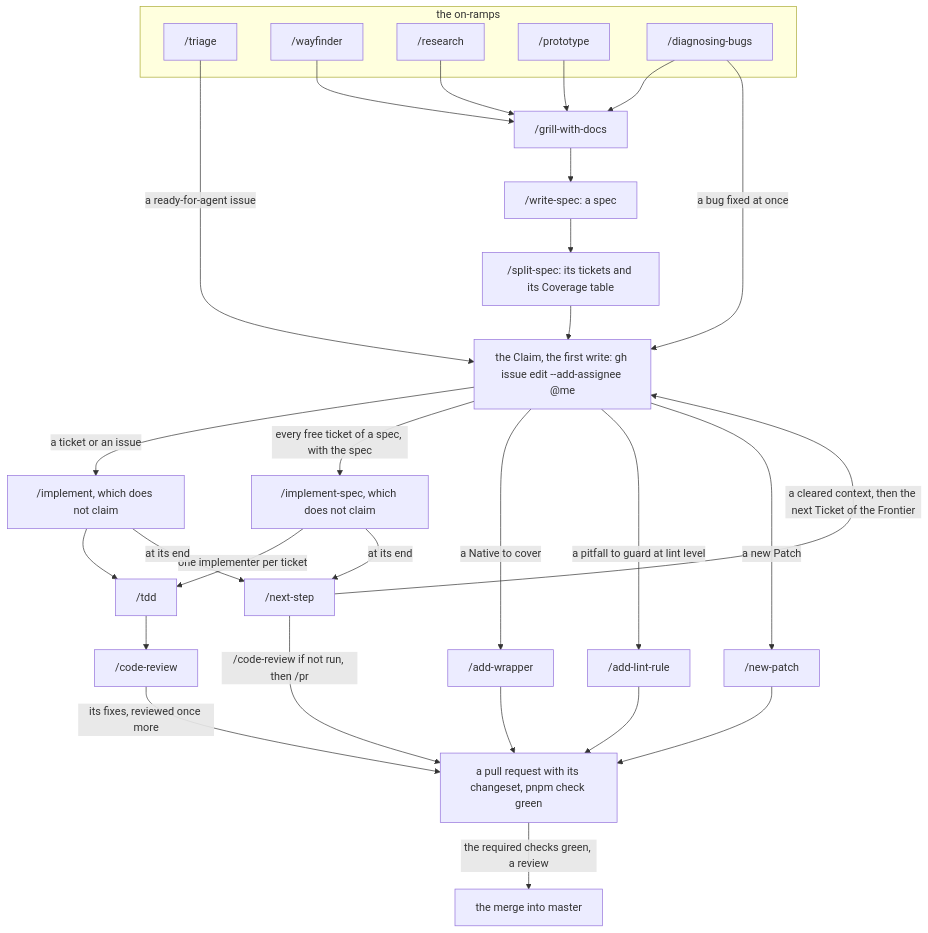
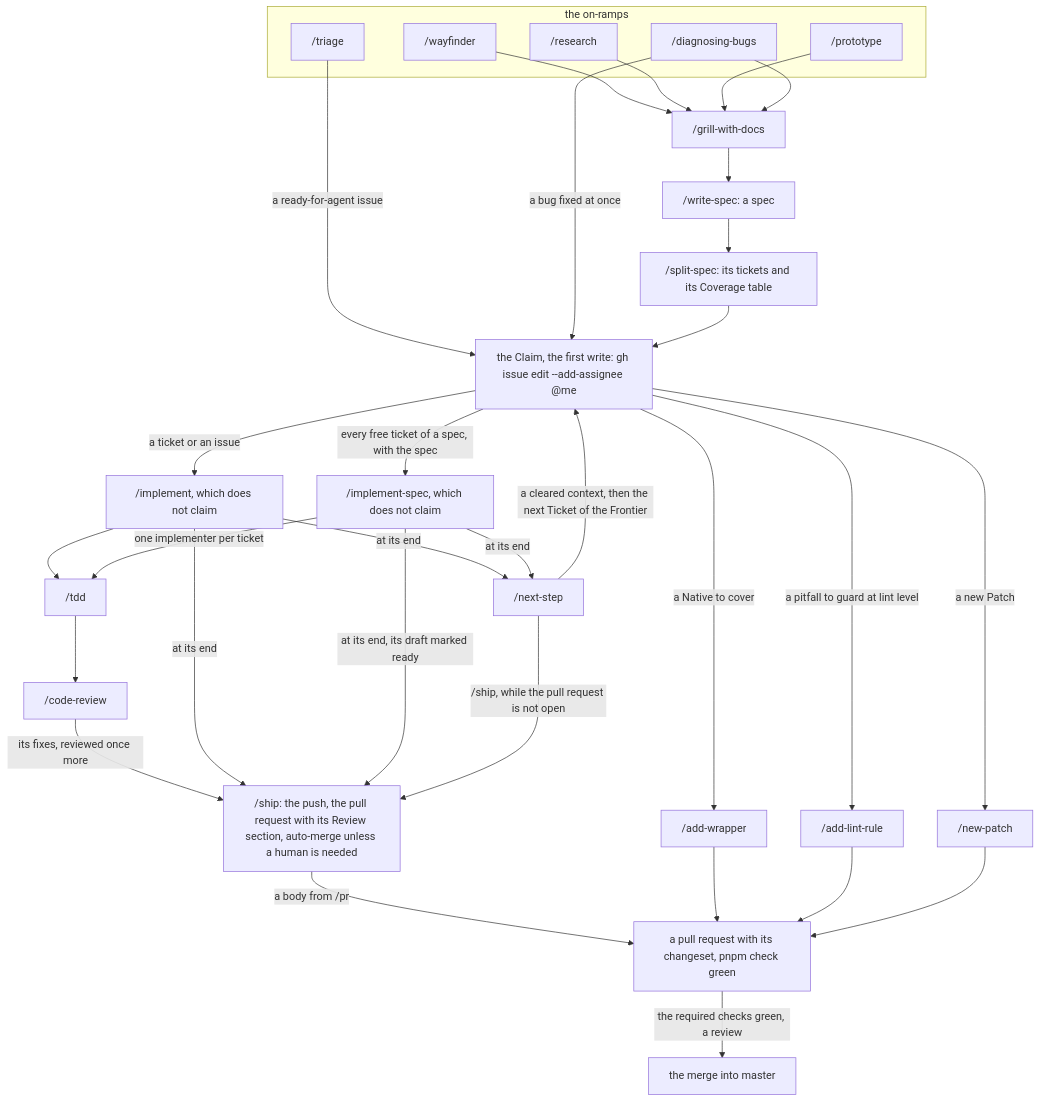
One commit to phmilk/reforged-ts changed the diagram in docs/agents/development-loop.md. Above: the diagram before and after it, drawn with Mermaid. The commit also changed other lines of this file and 6 other files, not shown here.

First line of the commit message:
feat(skills): ship opens an implement's pull request, with its Review section and auto-merge unless a human is needed (#805)

````diff
--- a/docs/agents/development-loop.md
+++ b/docs/agents/development-loop.md
@@ -77,53 +77,57 @@
 ```mermaid
 flowchart TD
   %% diagram: development-loop
   %% covers: skills
   subgraph on_ramps["the on-ramps"]
     triage["/triage"]
     wayfinder["/wayfinder"]
     research["/research"]
     prototype["/prototype"]
     diagnosing_bugs["/diagnosing-bugs"]
   end
   grill_with_docs["/grill-with-docs"]
   write_spec["/write-spec: a spec"]
   split_spec["/split-spec: its tickets and its Coverage table"]
   claim["the Claim, the first write: gh issue edit --add-assignee @me"]
   implement["/implement, which does not claim"]
   implement_spec["/implement-spec, which does not claim"]
   tdd["/tdd"]
   code_review["/code-review"]
   next_step["/next-step"]
+  ship["/ship: the push, the pull request with its Review section, auto-merge unless a human is needed"]
   add_wrapper["/add-wrapper"]
   add_lint_rule["/add-lint-rule"]
   new_patch["/new-patch"]
   pull_request["a pull request with its changeset, pnpm check green"]
   merge["the merge into master"]
 
   wayfinder --> grill_with_docs
   research --> grill_with_docs
   prototype --> grill_with_docs
   diagnosing_bugs --> grill_with_docs
   triage -->|"a ready-for-agent issue"| claim
   diagnosing_bugs -->|"a bug fixed at once"| claim
   grill_with_docs --> write_spec
   write_spec --> split_spec
   split_spec --> claim
   claim -->|"a ticket or an issue"| implement
   claim -->|"every free ticket of a spec, with the spec"| implement_spec
   claim -->|"a Native to cover"| add_wrapper
   claim -->|"a pitfall to guard at lint level"| add_lint_rule
   claim -->|"a new Patch"| new_patch
   implement --> tdd
   implement_spec -->|"one implementer per ticket"| tdd
   tdd --> code_review
-  code_review -->|"its fixes, reviewed once more"| pull_request
+  code_review -->|"its fixes, reviewed once more"| ship
+  implement -->|"at its end"| ship
+  implement_spec -->|"at its end, its draft marked ready"| ship
+  ship -->|"a body from /pr"| pull_request
   add_wrapper --> pull_request
   add_lint_rule --> pull_request
   new_patch --> pull_request
   pull_request -->|"the required checks green, a review"| merge
   implement -->|"at its end"| next_step
   implement_spec -->|"at its end"| next_step
-  next_step -->|"/code-review if not run, then /pr"| pull_request
+  next_step -->|"/ship, while the pull request is not open"| ship
   next_step -->|"a cleared context, then the next Ticket of the Frontier"| claim
 ```
````
